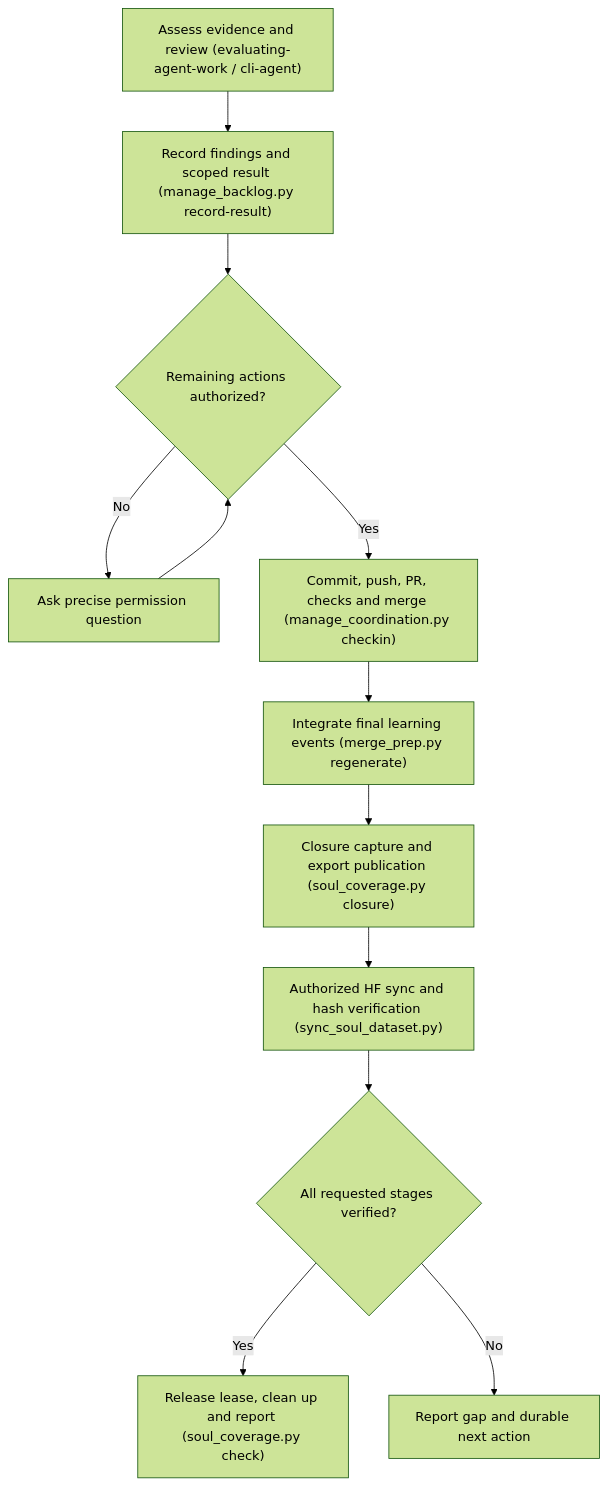
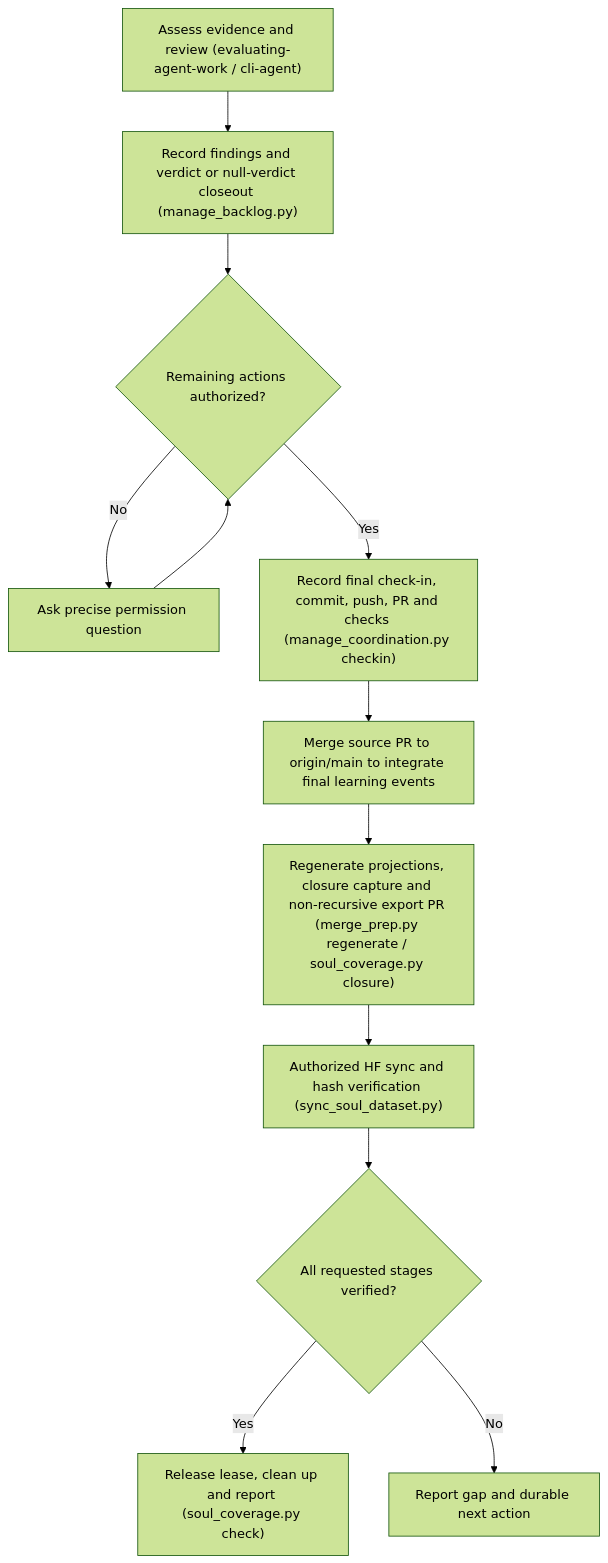
One commit to richfrem/Project_Sanctuary changed the second of 2 diagrams in .agent/rules/mission-execution.md. Above: the diagram before and after it, drawn with Mermaid (forest theme). The commit also changed other lines of this file and 1 other file, not shown here.

Commit message:
fix(rules): refine mission-execution closeout ordering, null-verdict handling, and CLI/schema references

````diff
--- a/.agent/rules/mission-execution.md
+++ b/.agent/rules/mission-execution.md
@@ -55,14 +55,14 @@
 ```mermaid
 flowchart TD
-    A["Assess evidence and review (evaluating-agent-work / cli-agent)"] --> B["Record findings and scoped result (manage_backlog.py record-result)"]
+    A["Assess evidence and review (evaluating-agent-work / cli-agent)"] --> B["Record findings and verdict or null-verdict closeout (manage_backlog.py)"]
     B --> C{"Remaining actions authorized?"}
     C -->|No| D["Ask precise permission question"]
     D --> C
-    C -->|Yes| E["Commit, push, PR, checks and merge (manage_coordination.py checkin)"]
-    E --> F["Integrate final learning events (merge_prep.py regenerate)"]
-    F --> G["Closure capture and export publication (soul_coverage.py closure)"]
+    C -->|Yes| E["Record final check-in, commit, push, PR and checks (manage_coordination.py checkin)"]
+    E --> F["Merge source PR to origin/main to integrate final learning events"]
+    F --> G["Regenerate projections, closure capture and non-recursive export PR (merge_prep.py regenerate / soul_coverage.py closure)"]
     G --> H["Authorized HF sync and hash verification (sync_soul_dataset.py)"]
     H --> I{"All requested stages verified?"}
     I -->|Yes| J["Release lease, clean up and report (soul_coverage.py check)"]
     I -->|No| K["Report gap and durable next action"]
 ```
````
